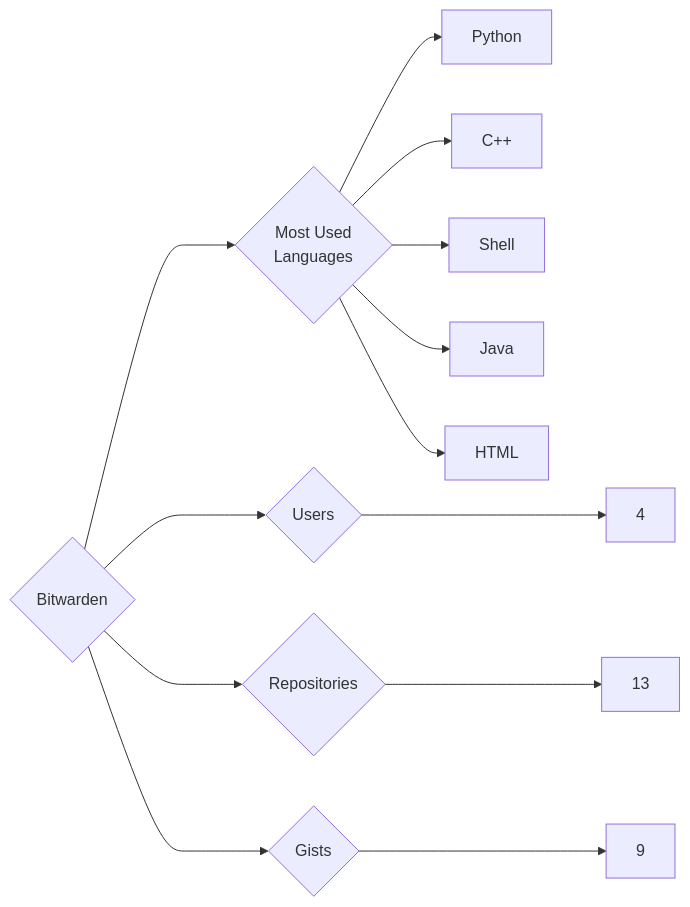
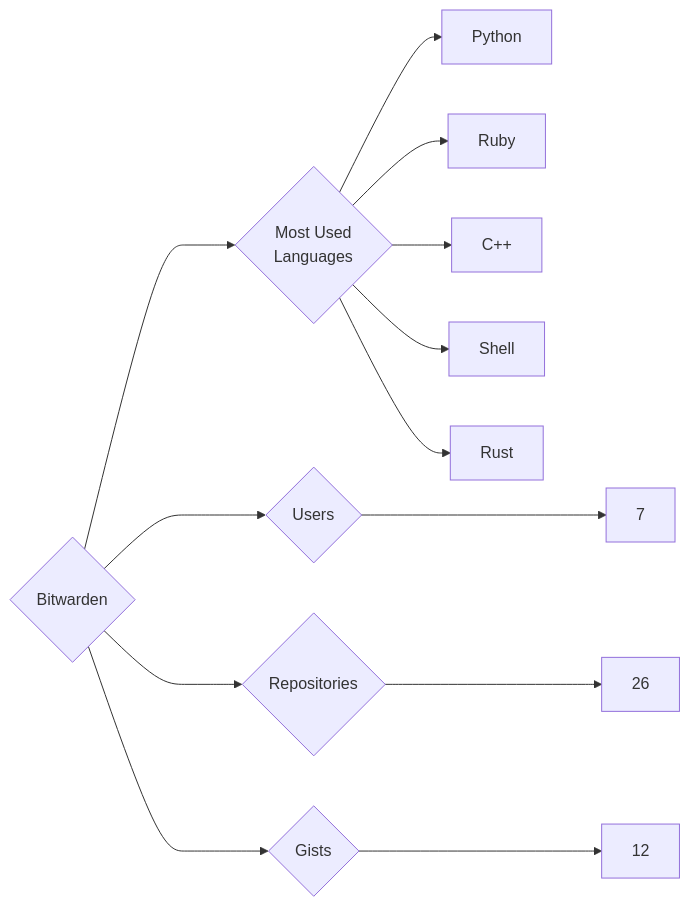
Before and after one commit to trickest/insiders: the diagram in targets/Bitwarden/README.md, drawn with Mermaid. The commit also changed 988 other files, not shown here.

````diff
--- a/targets/Bitwarden/README.md
+++ b/targets/Bitwarden/README.md
@@ -3,13 +3,13 @@
 ```mermaid
 graph LR
 COMPANY_NAME{Bitwarden}
-COMPANY_NAME ---> U{Users} ---> UN[4]
-COMPANY_NAME ---> R{Repositories} ---> RN[13]
-COMPANY_NAME ---> G{Gists} ---> GN[9]
+COMPANY_NAME ---> U{Users} ---> UN[7]
+COMPANY_NAME ---> R{Repositories} ---> RN[26]
+COMPANY_NAME ---> G{Gists} ---> GN[12]
 COMPANY_NAME ---> ML{Most Used<br>Languages}
 ML --> Python[Python]
+ML --> Ruby[Ruby]
 ML --> C++[C++]
 ML --> Shell[Shell]
-ML --> Java[Java]
-ML --> HTML[HTML]
+ML --> Rust[Rust]
 ```
````
